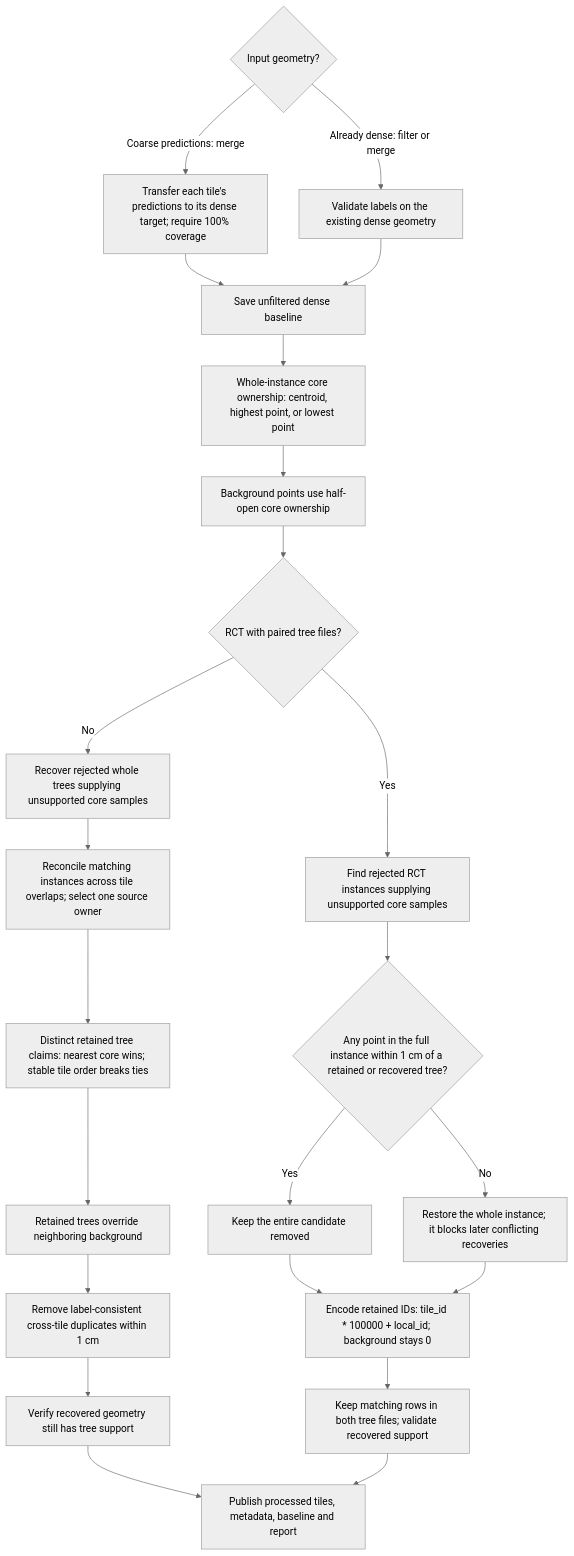
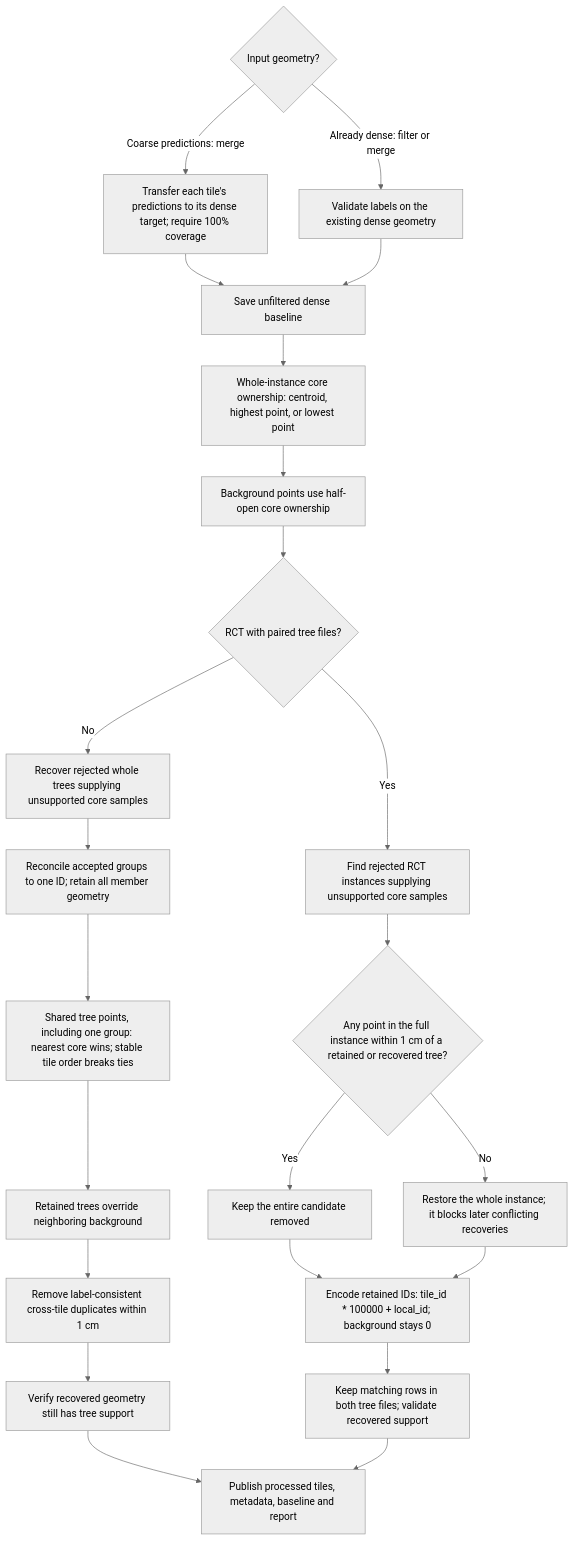
The second of 2 diagrams in docs/task-workflow.md (3dTrees-earth/3dtrees_Smart_Tile), drawn with Mermaid (neutral theme) before and after one commit. The commit also changed 16 other files, not shown here.

````diff
--- a/docs/task-workflow.md
+++ b/docs/task-workflow.md
@@ -53,26 +53,26 @@
 ```mermaid
 flowchart TD
     ENTRY{"Input geometry?"}
     ENTRY -->|"Coarse predictions: merge"| TRANSFER["Transfer each tile's predictions to its dense target; require 100% coverage"]
     ENTRY -->|"Already dense: filter or merge"| VALIDATE["Validate labels on the existing dense geometry"]
     TRANSFER --> BASE["Save unfiltered dense baseline"]
     VALIDATE --> BASE
     BASE --> OWN["Whole-instance core ownership: centroid, highest point, or lowest point"]
     OWN --> BG["Background points use half-open core ownership"]
     BG --> MODEL{"RCT with paired tree files?"}
     MODEL -->|"No"| RECOVER["Recover rejected whole trees supplying unsupported core samples"]
-    RECOVER --> MATCH["Reconcile matching instances across tile overlaps; select one source owner"]
-    MATCH --> CLAIMS["Distinct retained tree claims: nearest core wins; stable tile order breaks ties"]
+    RECOVER --> MATCH["Reconcile accepted groups to one ID; retain all member geometry"]
+    MATCH --> CLAIMS["Shared tree points, including one group: nearest core wins; stable tile order breaks ties"]
     CLAIMS --> TREEBG["Retained trees override neighboring background"]
     TREEBG --> DEDUP["Remove label-consistent cross-tile duplicates within 1 cm"]
     DEDUP --> CHECK["Verify recovered geometry still has tree support"]
     MODEL -->|"Yes"| CANDIDATE["Find rejected RCT instances supplying unsupported core samples"]
     CANDIDATE --> CONFLICT{"Any point in the full instance within 1 cm of a retained or recovered tree?"}
     CONFLICT -->|"Yes"| REJECT["Keep the entire candidate removed"]
     CONFLICT -->|"No"| RESTORE["Restore the whole instance; it blocks later conflicting recoveries"]
     REJECT --> IDS["Encode retained IDs: tile_id * 100000 + local_id; background stays 0"]
     RESTORE --> IDS
     IDS --> TABLES["Keep matching rows in both tree files; validate recovered support"]
     CHECK --> PUBLISH["Publish processed tiles, metadata, baseline and report"]
     TABLES --> PUBLISH
 ```
````
